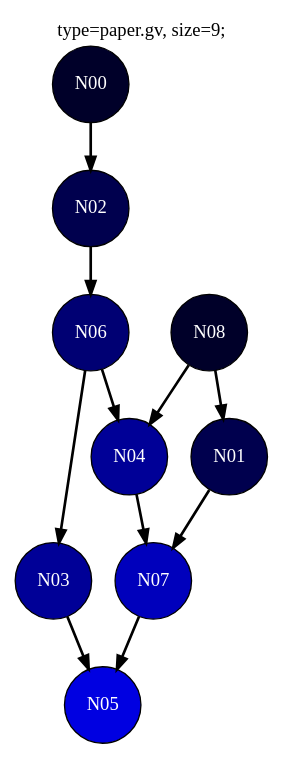
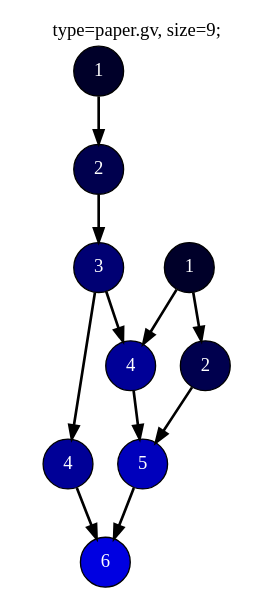
The diagram in src/graph_output/paper.gv (mattuntergassmair/DHPC_TopoSort), drawn with Graphviz before and after one commit. The commit also changed 3 other files, not shown here.

```diff
--- a/src/graph_output/paper.gv
+++ b/src/graph_output/paper.gv
@@ -1,31 +1,31 @@
 # Visualization of Graph ./graph_output/paper.gv, size=9
 
 digraph g {
 
 	#TITLE
 	labelloc="t";
 	label="type=paper.gv, size=9;"
 
 	# NODES
-	N00 [ color="#000000", fillcolor="#000029", fontcolor=white, fontname="Courier:italic", shape="circle", style="filled,solid" ];
-	N01 [ color="#000000", fillcolor="#00004e", fontcolor=white, fontname="Courier:italic", shape="circle", style="filled,solid" ];
-	N02 [ color="#000000", fillcolor="#00004e", fontcolor=white, fontname="Courier:italic", shape="circle", style="filled,solid" ];
-	N03 [ color="#000000", fillcolor="#000097", fontcolor=white, fontname="Courier:italic", shape="circle", style="filled,solid" ];
-	N04 [ color="#000000", fillcolor="#000097", fontcolor=white, fontname="Courier:italic", shape="circle", style="filled,solid" ];
-	N05 [ color="#000000", fillcolor="#0000e1", fontcolor=white, fontname="Courier:italic", shape="circle", style="filled,solid" ];
-	N06 [ color="#000000", fillcolor="#000073", fontcolor=white, fontname="Courier:italic", shape="circle", style="filled,solid" ];
-	N07 [ color="#000000", fillcolor="#0000bc", fontcolor=white, fontname="Courier:italic", shape="circle", style="filled,solid" ];
-	N08 [ color="#000000", fillcolor="#000029", fontcolor=white, fontname="Courier:italic", shape="circle", style="filled,solid" ];
+	N00 [ label=" 1"color="#000000", fillcolor="#000029", fontcolor=white, fontname="Courier:italic", shape="circle", style="filled,solid" ];
+	N01 [ label=" 2"color="#000000", fillcolor="#00004e", fontcolor=white, fontname="Courier:italic", shape="circle", style="filled,solid" ];
+	N02 [ label=" 2"color="#000000", fillcolor="#00004e", fontcolor=white, fontname="Courier:italic", shape="circle", style="filled,solid" ];
+	N03 [ label=" 4"color="#000000", fillcolor="#000097", fontcolor=white, fontname="Courier:italic", shape="circle", style="filled,solid" ];
+	N04 [ label=" 4"color="#000000", fillcolor="#000097", fontcolor=white, fontname="Courier:italic", shape="circle", style="filled,solid" ];
+	N05 [ label=" 6"color="#000000", fillcolor="#0000e1", fontcolor=white, fontname="Courier:italic", shape="circle", style="filled,solid" ];
+	N06 [ label=" 3"color="#000000", fillcolor="#000073", fontcolor=white, fontname="Courier:italic", shape="circle", style="filled,solid" ];
+	N07 [ label=" 5"color="#000000", fillcolor="#0000bc", fontcolor=white, fontname="Courier:italic", shape="circle", style="filled,solid" ];
+	N08 [ label=" 1"color="#000000", fillcolor="#000029", fontcolor=white, fontname="Courier:italic", shape="circle", style="filled,solid" ];
 
 	# EDGES
 	N00 -> N02 [ penwidth=2, style="solid", color="#000000" ];
 	N01 -> N07 [ penwidth=2, style="solid", color="#000000" ];
 	N02 -> N06 [ penwidth=2, style="solid", color="#000000" ];
 	N03 -> N05 [ penwidth=2, style="solid", color="#000000" ];
 	N04 -> N07 [ penwidth=2, style="solid", color="#000000" ];
 	N06 -> N03 [ penwidth=2, style="solid", color="#000000" ];
 	N06 -> N04 [ penwidth=2, style="solid", color="#000000" ];
 	N07 -> N05 [ penwidth=2, style="solid", color="#000000" ];
 	N08 -> N01 [ penwidth=2, style="solid", color="#000000" ];
 	N08 -> N04 [ penwidth=2, style="solid", color="#000000" ];
 }
```
